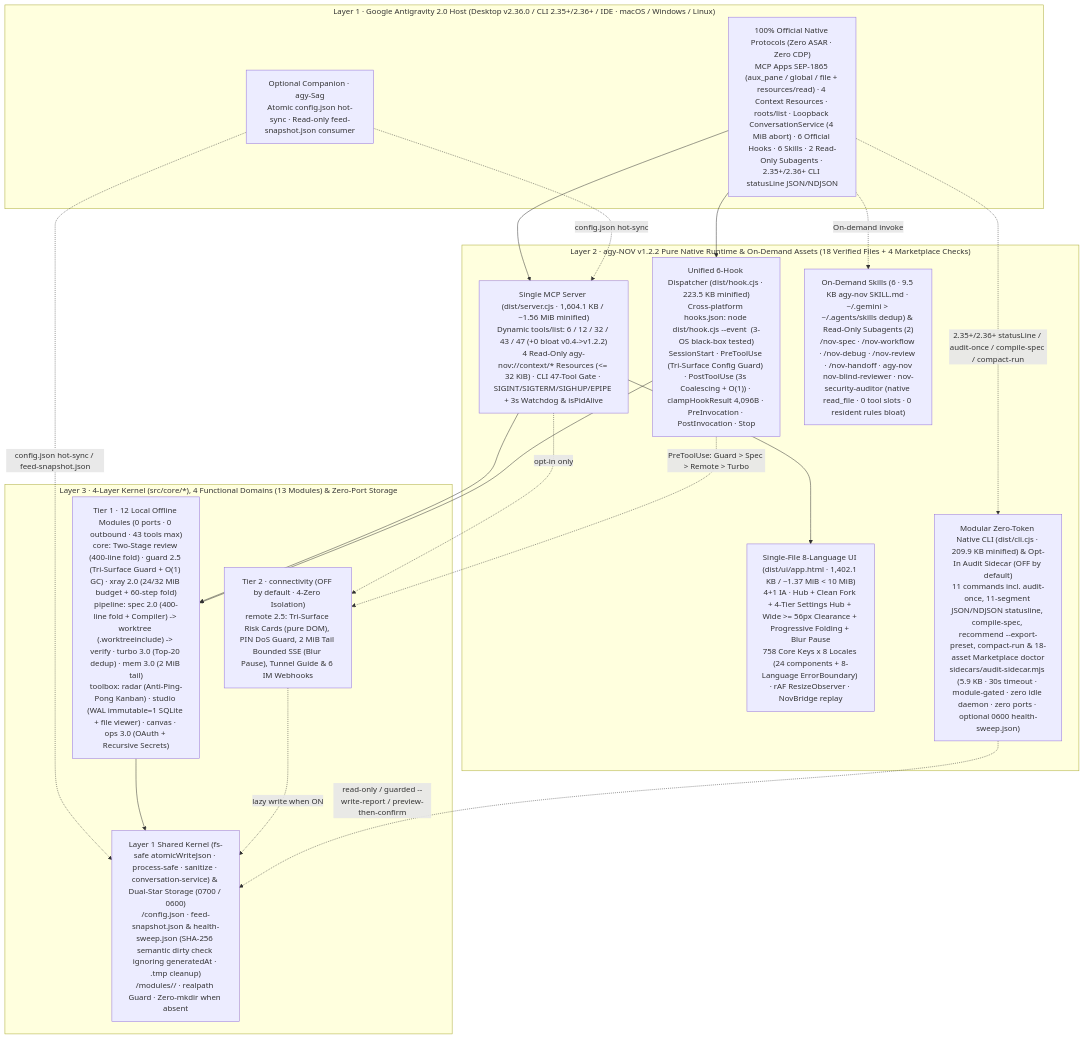
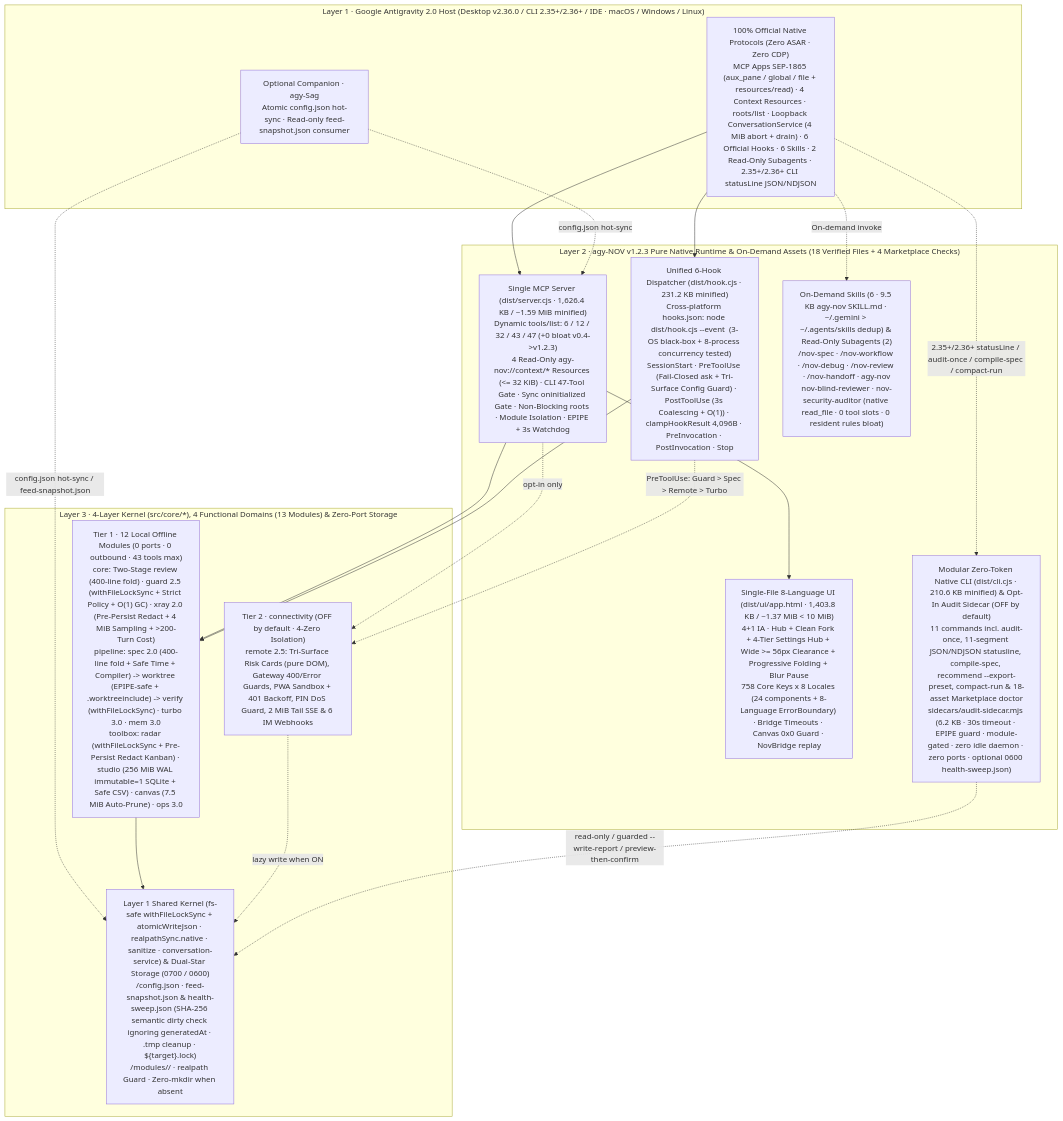
The diagram in README.md (tone-leh/agy-NOV), drawn with Mermaid before and after one commit. The commit also changed other lines of this file and 56 other files, not shown here.

Commit message:
feat(v1.2.3): cross-process file locks, guard/canvas/remote P0 hardening & xray/studio fixes

````diff
--- a/README.md
+++ b/README.md
@@ -297,36 +306,36 @@
 ```mermaid
 flowchart TB
   subgraph L1["Layer 1 · Google Antigravity 2.0 Host (Desktop v2.36.0 / CLI 2.35+/2.36+ / IDE · macOS / Windows / Linux)"]
-    Host["100% Official Native Protocols (Zero ASAR · Zero CDP)\nMCP Apps SEP-1865 (aux_pane / global / file + resources/read) · 4 Context Resources · roots/list · Loopback ConversationService (4 MiB abort) · 6 Official Hooks · 6 Skills · 2 Read-Only Subagents · 2.35+/2.36+ CLI statusLine JSON/NDJSON"]
+    Host["100% Official Native Protocols (Zero ASAR · Zero CDP)\nMCP Apps SEP-1865 (aux_pane / global / file + resources/read) · 4 Context Resources · roots/list · Loopback ConversationService (4 MiB abort + drain) · 6 Official Hooks · 6 Skills · 2 Read-Only Subagents · 2.35+/2.36+ CLI statusLine JSON/NDJSON"]
     Sag["Optional Companion · agy-Sag\nAtomic config.json hot-sync · Read-only feed-snapshot.json consumer"]
   end
 
-  subgraph L2["Layer 2 · agy-NOV v1.2.2 Pure Native Runtime & On-Demand Assets (18 Verified Files + 4 Marketplace Checks)"]
-    MCP["Single MCP Server (dist/server.cjs · 1,604.1 KB / ~1.56 MiB minified)\nDynamic tools/list: 6 / 12 / 32 / 43 / 47 (+0 bloat v0.4->v1.2.2)\n4 Read-Only agy-nov://context/* Resources (<= 32 KiB) · CLI 47-Tool Gate · SIGINT/SIGTERM/SIGHUP/EPIPE + 3s Watchdog & isPidAlive"]
-    Hook["Unified 6-Hook Dispatcher (dist/hook.cjs · 223.5 KB minified)\nCross-platform hooks.json: node dist/hook.cjs --event <Event> (3-OS black-box tested)\nSessionStart · PreToolUse (Tri-Surface Config Guard) · PostToolUse (3s Coalescing + O(1)) · clampHookResult 4,096B · PreInvocation · PostInvocation · Stop"]
-    UI["Single-File 8-Language UI (dist/ui/app.html · 1,402.1 KB / ~1.37 MiB < 10 MiB)\n4+1 IA · Hub + Clean Fork + 4-Tier Settings Hub + Wide >= 56px Clearance + Progressive Folding + Blur Pause\n758 Core Keys x 8 Locales (24 components + 8-Language ErrorBoundary) · rAF ResizeObserver · NovBridge replay"]
+  subgraph L2["Layer 2 · agy-NOV v1.2.3 Pure Native Runtime & On-Demand Assets (18 Verified Files + 4 Marketplace Checks)"]
+    MCP["Single MCP Server (dist/server.cjs · 1,626.4 KB / ~1.59 MiB minified)\nDynamic tools/list: 6 / 12 / 32 / 43 / 47 (+0 bloat v0.4->v1.2.3)\n4 Read-Only agy-nov://context/* Resources (<= 32 KiB) · CLI 47-Tool Gate · Sync oninitialized Gate · Non-Blocking roots · Module Isolation · EPIPE + 3s Watchdog"]
+    Hook["Unified 6-Hook Dispatcher (dist/hook.cjs · 231.2 KB minified)\nCross-platform hooks.json: node dist/hook.cjs --event <Event> (3-OS black-box + 8-process concurrency tested)\nSessionStart · PreToolUse (Fail-Closed ask + Tri-Surface Config Guard) · PostToolUse (3s Coalescing + O(1)) · clampHookResult 4,096B · PreInvocation · PostInvocation · Stop"]
+    UI["Single-File 8-Language UI (dist/ui/app.html · 1,403.8 KB / ~1.37 MiB < 10 MiB)\n4+1 IA · Hub + Clean Fork + 4-Tier Settings Hub + Wide >= 56px Clearance + Progressive Folding + Blur Pause\n758 Core Keys x 8 Locales (24 components + 8-Language ErrorBoundary) · Bridge Timeouts · Canvas 0x0 Guard · NovBridge replay"]
     Playbooks["On-Demand Skills (6 · 9.5 KB agy-nov SKILL.md · ~/.gemini > ~/.agents/skills dedup) & Read-Only Subagents (2)\n/nov-spec · /nov-workflow · /nov-debug · /nov-review · /nov-handoff · agy-nov\nnov-blind-reviewer · nov-security-auditor (native read_file · 0 tool slots · 0 resident rules bloat)"]
-    CLI["Modular Zero-Token Native CLI (dist/cli.cjs · 209.9 KB minified) & Opt-In Audit Sidecar (OFF by default)\n11 commands incl. audit-once, 11-segment JSON/NDJSON statusline, compile-spec, recommend --export-preset, compact-run & 18-asset Marketplace doctor\nsidecars/audit-sidecar.mjs (5.9 KB · 30s timeout · module-gated · zero idle daemon · zero ports · optional 0600 health-sweep.json)"]
+    CLI["Modular Zero-Token Native CLI (dist/cli.cjs · 210.6 KB minified) & Opt-In Audit Sidecar (OFF by default)\n11 commands incl. audit-once, 11-segment JSON/NDJSON statusline, compile-spec, recommend --export-preset, compact-run & 18-asset Marketplace doctor\nsidecars/audit-sidecar.mjs (6.2 KB · 30s timeout · EPIPE guard · module-gated · zero idle daemon · zero ports · optional 0600 health-sweep.json)"]
   end
 
   subgraph L3["Layer 3 · 4-Layer Kernel (src/core/*), 4 Functional Domains (13 Modules) & Zero-Port Storage"]
-    T1["Tier 1 · 12 Local Offline Modules (0 ports · 0 outbound · 43 tools max)\ncore: Two-Stage review (400-line fold) · guard 2.5 (Tri-Surface Guard + O(1) GC) · xray 2.0 (24/32 MiB budget + 60-step fold)\npipeline: spec 2.0 (400-line fold + Compiler) -> worktree (.worktreeinclude) -> verify · turbo 3.0 (Top-20 dedup) · mem 3.0 (2 MiB tail)\ntoolbox: radar (Anti-Ping-Pong Kanban) · studio (WAL immutable=1 SQLite + file viewer) · canvas · ops 3.0 (OAuth + Recursive Secrets)"]
-    T2R["Tier 2 · connectivity (OFF by default · 4-Zero Isolation)\nremote 2.5: Tri-Surface Risk Cards (pure DOM), PIN DoS Guard, 2 MiB Tail Bounded SSE (Blur Pause), Tunnel Guide & 6 IM Webhooks"]
-    Store["Layer 1 Shared Kernel (fs-safe atomicWriteJson · process-safe · sanitize · conversation-service) & Dual-Star Storage (0700 / 0600)\n<dataDir>/config.json · feed-snapshot.json & health-sweep.json (SHA-256 semantic dirty check ignoring generatedAt · .tmp cleanup)\n<dataDir>/modules/<id>/ · realpath Guard · Zero-mkdir when absent"]
+    T1["Tier 1 · 12 Local Offline Modules (0 ports · 0 outbound · 43 tools max)\ncore: Two-Stage review (400-line fold) · guard 2.5 (withFileLockSync + Strict Policy + O(1) GC) · xray 2.0 (Pre-Persist Redact + 4 MiB Sampling + >200-Turn Cost)\npipeline: spec 2.0 (400-line fold + Safe Time + Compiler) -> worktree (EPIPE-safe + .worktreeinclude) -> verify (withFileLockSync) · turbo 3.0 · mem 3.0\ntoolbox: radar (withFileLockSync + Pre-Persist Redact Kanban) · studio (256 MiB WAL immutable=1 SQLite + Safe CSV) · canvas (7.5 MiB Auto-Prune) · ops 3.0"]
+    T2R["Tier 2 · connectivity (OFF by default · 4-Zero Isolation)\nremote 2.5: Tri-Surface Risk Cards (pure DOM), Gateway 400/Error Guards, PWA Sandbox + 401 Backoff, PIN DoS Guard, 2 MiB Tail SSE & 6 IM Webhooks"]
+    Store["Layer 1 Shared Kernel (fs-safe withFileLockSync + atomicWriteJson · realpathSync.native · sanitize · conversation-service) & Dual-Star Storage (0700 / 0600)\n<dataDir>/config.json · feed-snapshot.json & health-sweep.json (SHA-256 semantic dirty check ignoring generatedAt · .tmp cleanup · ${target}.lock)\n<dataDir>/modules/<id>/ · realpath Guard · Zero-mkdir when absent"]
   end
 
   Host --> MCP
   Host --> Hook
   Host -. "On-demand invoke" .-> Playbooks
   Host -. "2.35+/2.36+ statusLine / audit-once / compile-spec / compact-run" .-> CLI
   Sag -. "config.json hot-sync / feed-snapshot.json" .-> Store
   Sag -. "config.json hot-sync" .-> MCP
   MCP --> UI
   MCP --> T1
   MCP -. "opt-in only" .-> T2R
   Hook --> T1
   Hook -. "PreToolUse: Guard > Spec > Remote > Turbo" .-> T2R
   T1 --> Store
   T2R -. "lazy write when ON" .-> Store
   CLI -. "read-only / guarded --write-report / preview-then-confirm" .-> Store
 ```
````
